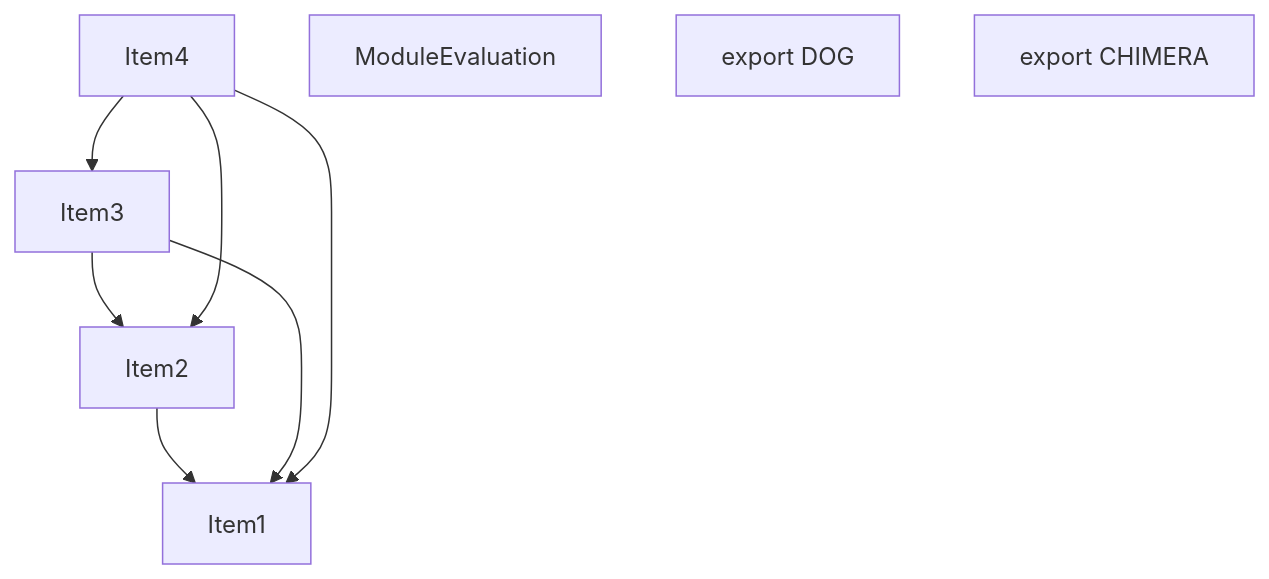
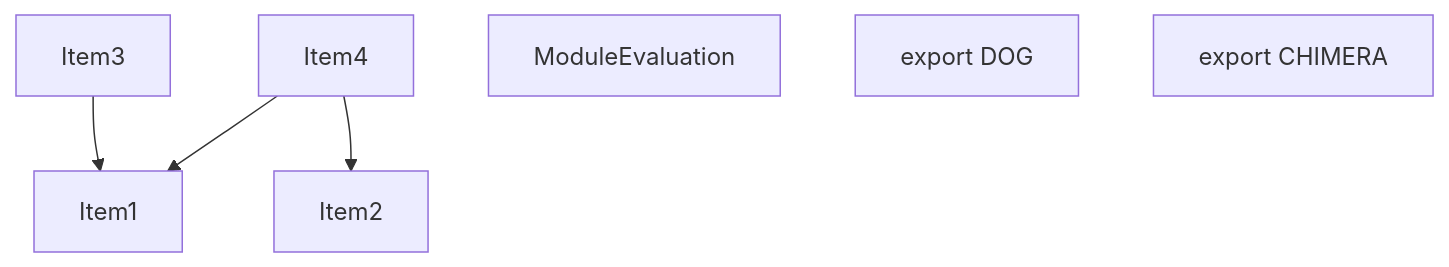
The second of 4 diagrams in crates/turbopack-ecmascript/tests/tree-shaker/analyzer/simple/output.md (vercel/turborepo), drawn with Mermaid before and after one commit. The commit also changed other lines of this file and 3 other files, not shown here.

````diff
--- a/crates/turbopack-ecmascript/tests/tree-shaker/analyzer/simple/output.md
+++ b/crates/turbopack-ecmascript/tests/tree-shaker/analyzer/simple/output.md
@@ -65,19 +61,16 @@
 ```mermaid
 graph TD
     Item1;
     Item2;
     Item3;
     Item4;
     Item5;
     Item5["ModuleEvaluation"];
     Item6;
     Item6["export DOG"];
     Item7;
     Item7["export CHIMERA"];
-    Item2 --> Item1;
     Item3 --> Item1;
-    Item3 --> Item2;
     Item4 --> Item2;
     Item4 --> Item1;
-    Item4 --> Item3;
 ```
````
